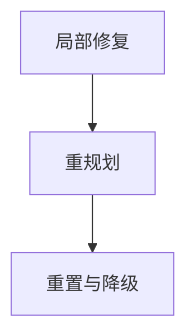
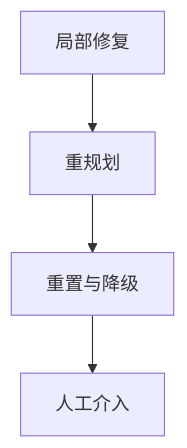
One commit to skkjkk/my-blog changed the diagram in src/content/posts/Agent循环漂移与过早终止的在线监测与恢复.md. Above: the diagram before and after it, drawn with Mermaid. The commit also changed other lines of this file and 157 other files, not shown here.

````diff
--- a/src/content/posts/Agent循环漂移与过早终止的在线监测与恢复.md
+++ b/src/content/posts/Agent循环漂移与过早终止的在线监测与恢复.md
@@ -60,5 +64,6 @@
 ```mermaid
 flowchart TD
   A[局部修复] --> B[重规划]
   B --> C[重置与降级]
+  C --> D[人工介入]
 ```
````
